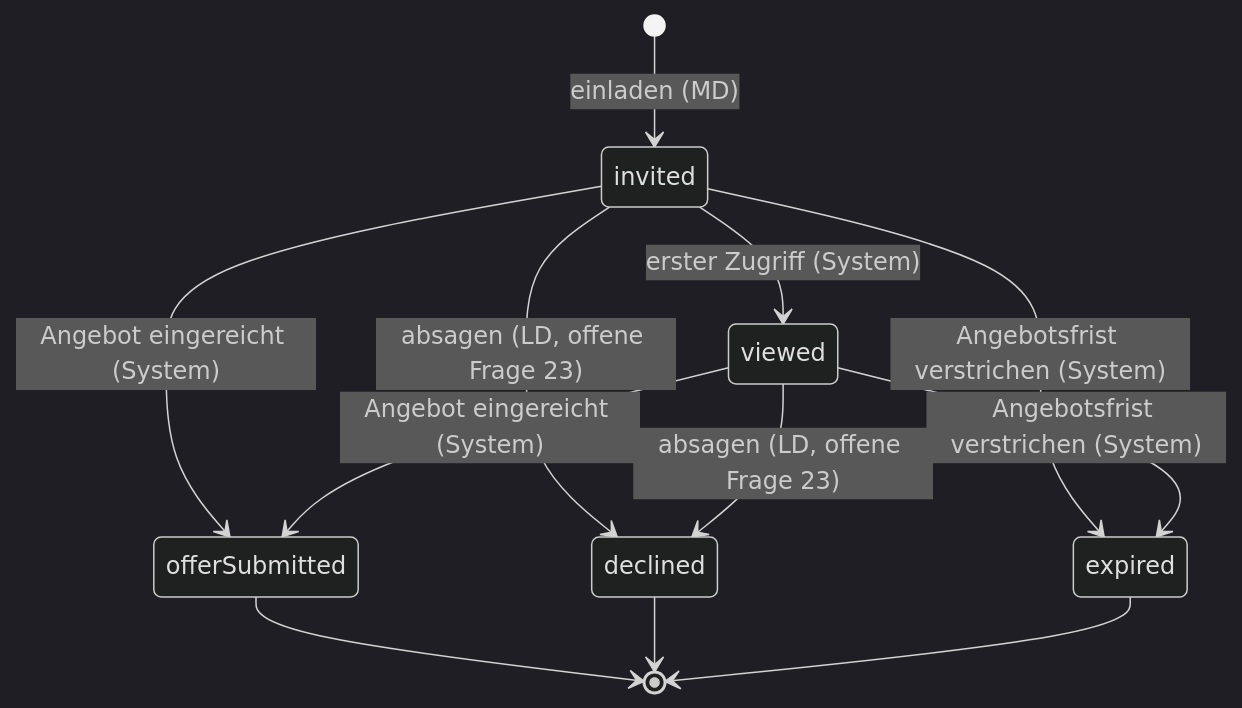
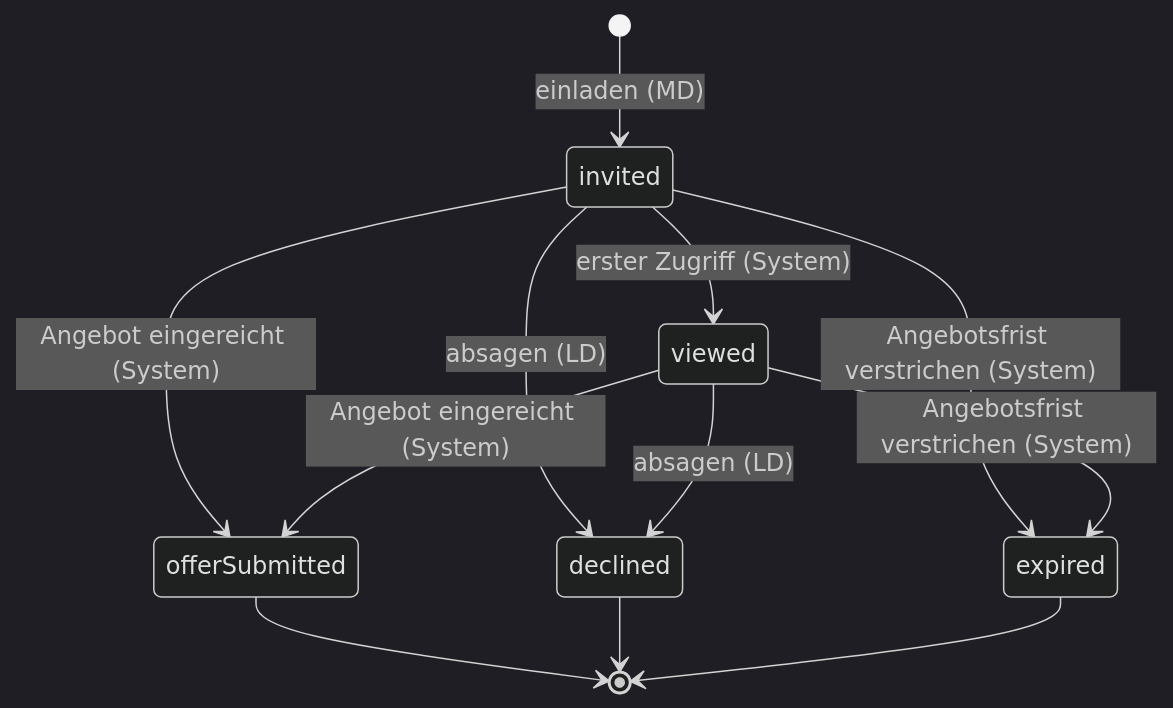
Before and after one commit to Augusta-hub/vms-prototyp: the third of 11 diagrams in SPEC.md, drawn with Mermaid (dark theme). The commit also changed other lines of this file and 3 other files, not shown here.

````diff
--- a/SPEC.md
+++ b/SPEC.md
@@ -2432,14 +2447,14 @@
 ```mermaid
 stateDiagram-v2
     [*] --> invited : einladen (MD)
     invited --> viewed : erster Zugriff (System)
     invited --> offerSubmitted : Angebot eingereicht (System)
     viewed --> offerSubmitted : Angebot eingereicht (System)
-    invited --> declined : absagen (LD, offene Frage 23)
-    viewed --> declined : absagen (LD, offene Frage 23)
+    invited --> declined : absagen (LD)
+    viewed --> declined : absagen (LD)
     invited --> expired : Angebotsfrist verstrichen (System)
     viewed --> expired : Angebotsfrist verstrichen (System)
     offerSubmitted --> [*]
     declined --> [*]
     expired --> [*]
 ```
````
